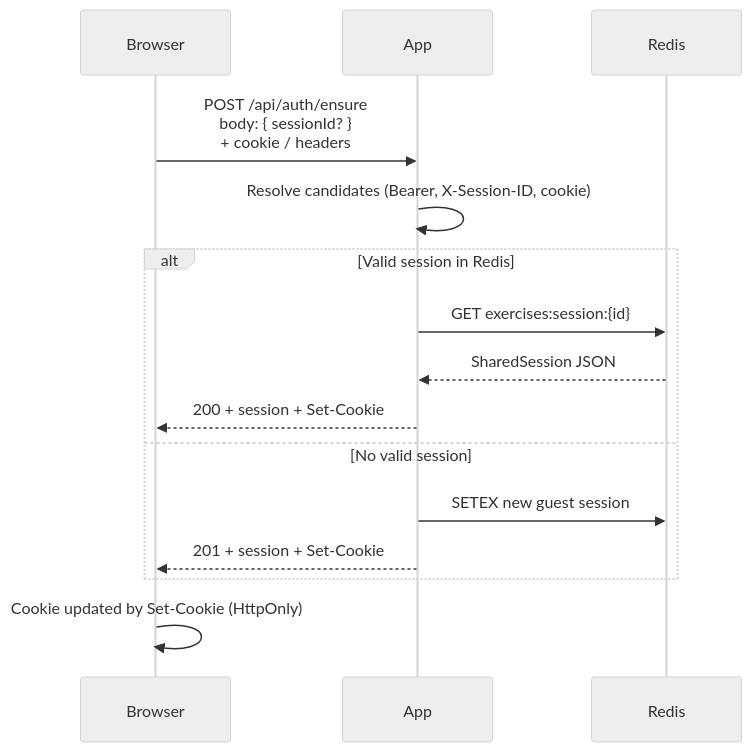
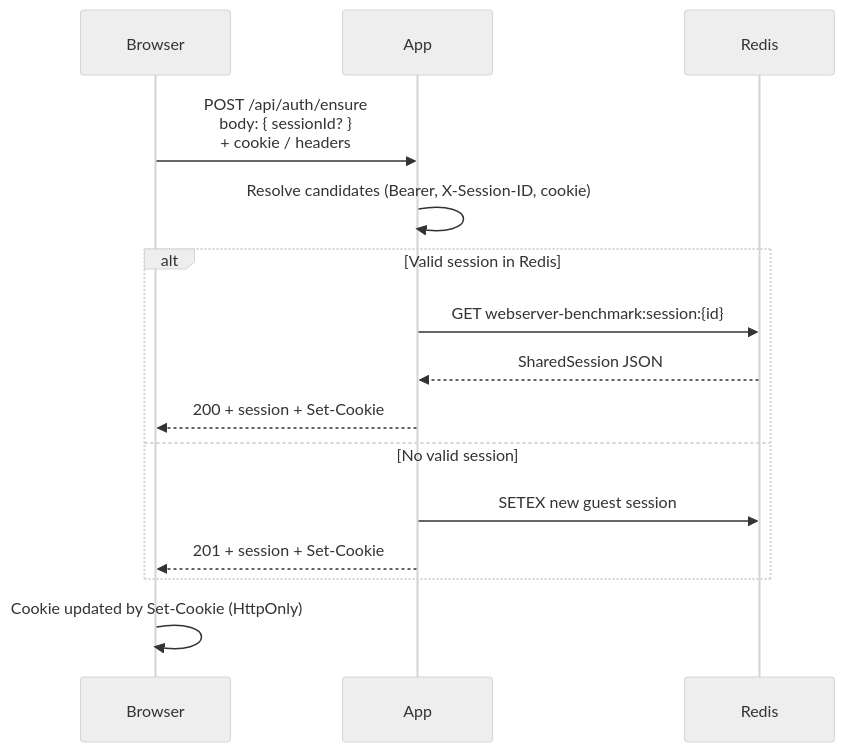
Before and after one commit to tiagoyamashita/webserver-benchmark: the second of 2 diagrams in apps/redis/SHARED-SESSION-PLAN.md, drawn with Mermaid (neutral theme). The commit also changed other lines of this file and 130 other files, not shown here.

Commit message:
renamed the project to webserver benchmark

````diff
--- a/apps/redis/SHARED-SESSION-PLAN.md
+++ b/apps/redis/SHARED-SESSION-PLAN.md
@@ -155,18 +155,18 @@
 ```mermaid
 sequenceDiagram
   participant B as Browser
   participant A as App
   participant R as Redis
 
   B->>A: POST /api/auth/ensure<br/>body: { sessionId? }<br/>+ cookie / headers
   A->>A: Resolve candidates (Bearer, X-Session-ID, cookie)
   alt Valid session in Redis
-    A->>R: GET exercises:session:{id}
+    A->>R: GET webserver-benchmark:session:{id}
     R-->>A: SharedSession JSON
     A-->>B: 200 + session + Set-Cookie
   else No valid session
     A->>R: SETEX new guest session
     A-->>B: 201 + session + Set-Cookie
   end
   B->>B: Cookie updated by Set-Cookie (HttpOnly)
 ```
````
